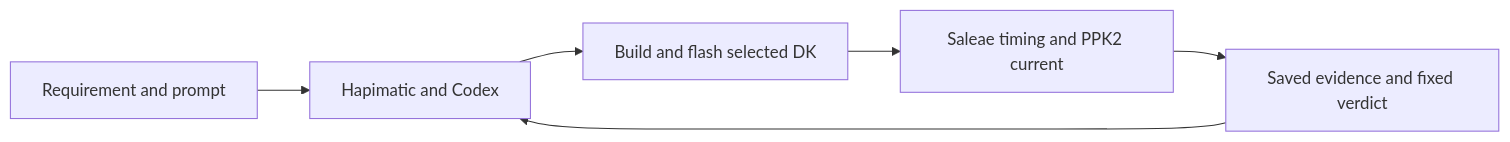
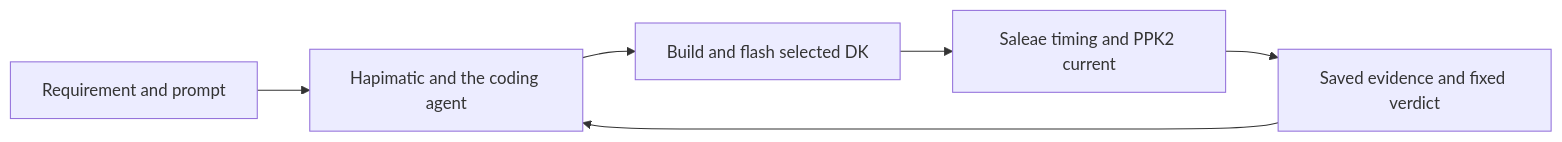
One commit to adamshal/f26-t07-the-cranium changed the diagram in closed-loop/README.md. Above: the diagram before and after it, drawn with Mermaid. The commit also changed other lines of this file and 9 other files, not shown here.

First line of the commit message:
Closed-loop bench: the coding agent is chosen in bench.local.json, and no agent product is named

````diff
--- a/closed-loop/README.md
+++ b/closed-loop/README.md
@@ -227,8 +231,8 @@
 ```mermaid
 flowchart LR
-  R[Requirement and prompt] --> A[Hapimatic and Codex]
+  R[Requirement and prompt] --> A[Hapimatic and the coding agent]
   A --> B[Build and flash selected DK]
   B --> M[Saleae timing and PPK2 current]
   M --> E[Saved evidence and fixed verdict]
   E --> A
 ```
````
